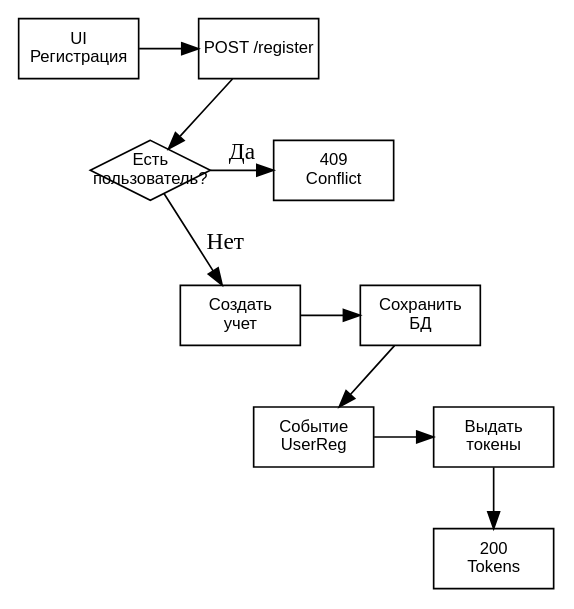
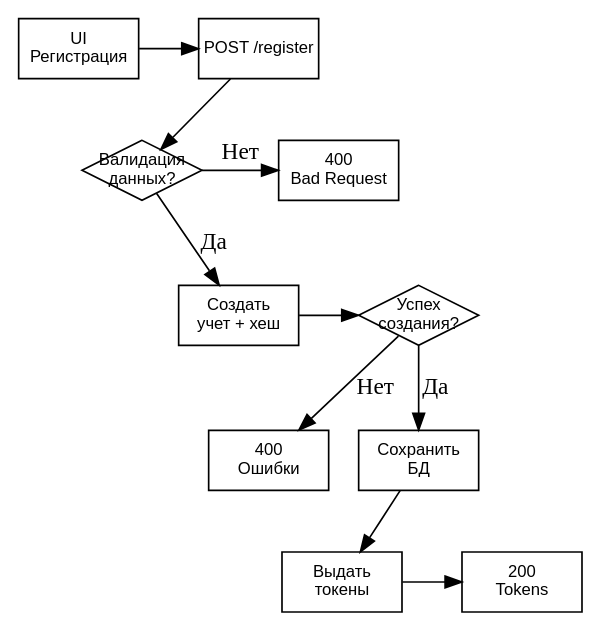
The diagram in diagrams/flowchart/register/block-auth-gost-register.dot (OnlyUp2219/TimeCafe), drawn with Graphviz before and after one commit. The commit also changed 9 other files, not shown here.

Commit message:
refactor: изменить диаграммы в соответствие с кодом, исправить уязвимость provider aouth

```diff
--- a/diagrams/flowchart/register/block-auth-gost-register.dot
+++ b/diagrams/flowchart/register/block-auth-gost-register.dot
@@ -1,32 +1,37 @@
 digraph register_flow {
   rankdir=TB;
   node [shape=rectangle, width=1, height=0.5, fixedsize=true, fontname="GOST Type A,Arial", fontsize=10];
   /* Узлы */
   UI   [label="UI\nРегистрация"];
   REG  [label="POST /register"];
-  DEC  [shape=diamond, label="Есть\nпользователь?"]; 
-  ERR  [label="409\nConflict"];
-  CREATE [label="Создать\nучет"];
+  VALID [shape=diamond, label="Валидация\nданных?"]; 
+  ERR_VALID  [label="400\nBad Request"];
+  CREATE [label="Создать\nучет + хеш"];
+  DEC  [shape=diamond, label="Успех\nсоздания?"]; 
+  ERR_EXIST  [label="400\nОшибки"];
   SAVE [label="Сохранить\nБД"];
-  EVENT [label="Событие\nUserReg"];
   TOKENS [label="Выдать\nтокены"];
   OK [label="200\nTokens"];
 
   /* Ряды для змейки (чередование позиций) */
   { rank=same; UI; REG }
-  { rank=same; DEC; ERR }
-  { rank=same; CREATE; SAVE }
-  { rank=same; EVENT; TOKENS }
-  { rank=same; OK }
+  { rank=same; VALID; ERR_VALID }
+  { rank=same; CREATE; DEC }
+  { rank=same; ERR_EXIST; SAVE }
+  { rank=same; TOKENS; OK }
 
   /* Логический поток */
-  UI -> REG -> DEC;
-  DEC -> ERR [label="Да"];
-  DEC -> CREATE [label="Нет"];
-  CREATE -> SAVE -> EVENT -> TOKENS -> OK;
+  UI -> REG -> VALID;
+  VALID -> ERR_VALID [label="Нет"];
+  VALID -> CREATE [label="Да"];
+  CREATE -> DEC;
+  DEC -> ERR_EXIST [label="Нет"];
+  DEC -> SAVE [label="Да"];
+  SAVE -> TOKENS -> OK;
 
   /* Невидимые связи для формирования змейки */
-  REG -> ERR [style=invis, weight=1];
-  ERR -> CREATE [style=invis, weight=1];
-  SAVE -> TOKENS [style=invis, weight=1];
+  REG -> ERR_VALID [style=invis, weight=1];
+  ERR_VALID -> CREATE [style=invis, weight=1];
+  CREATE -> ERR_EXIST [style=invis, weight=1];
+  ERR_EXIST -> TOKENS [style=invis, weight=1];
 }
```
